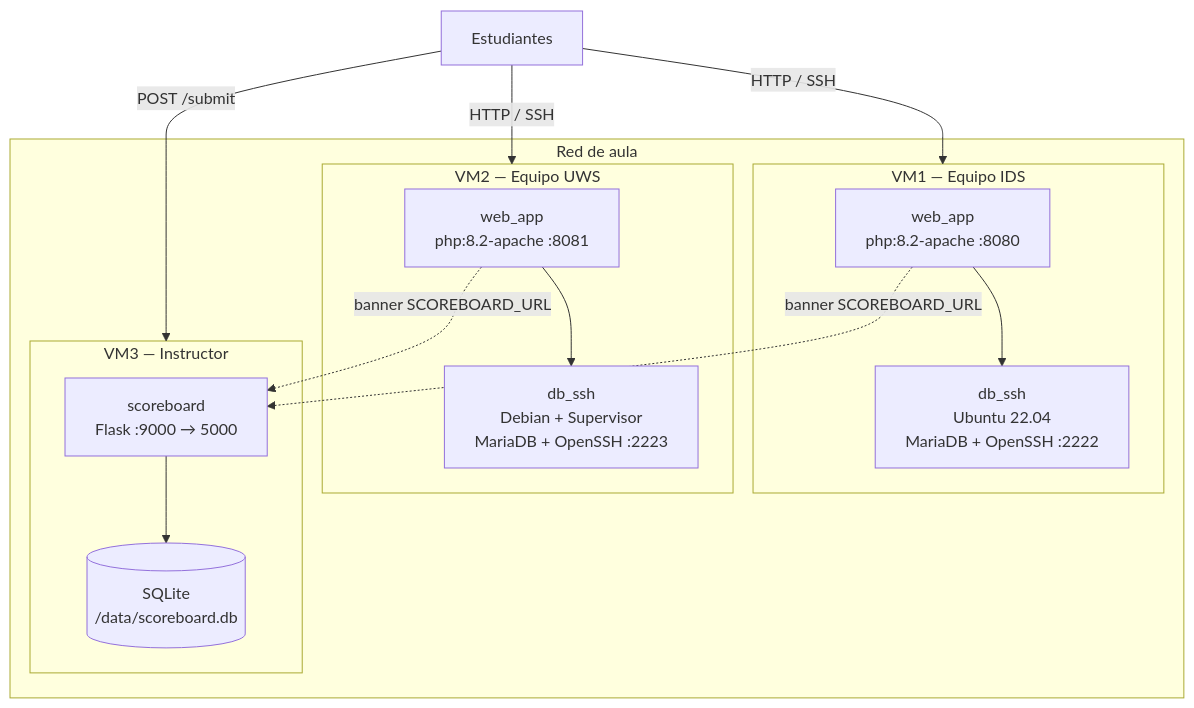
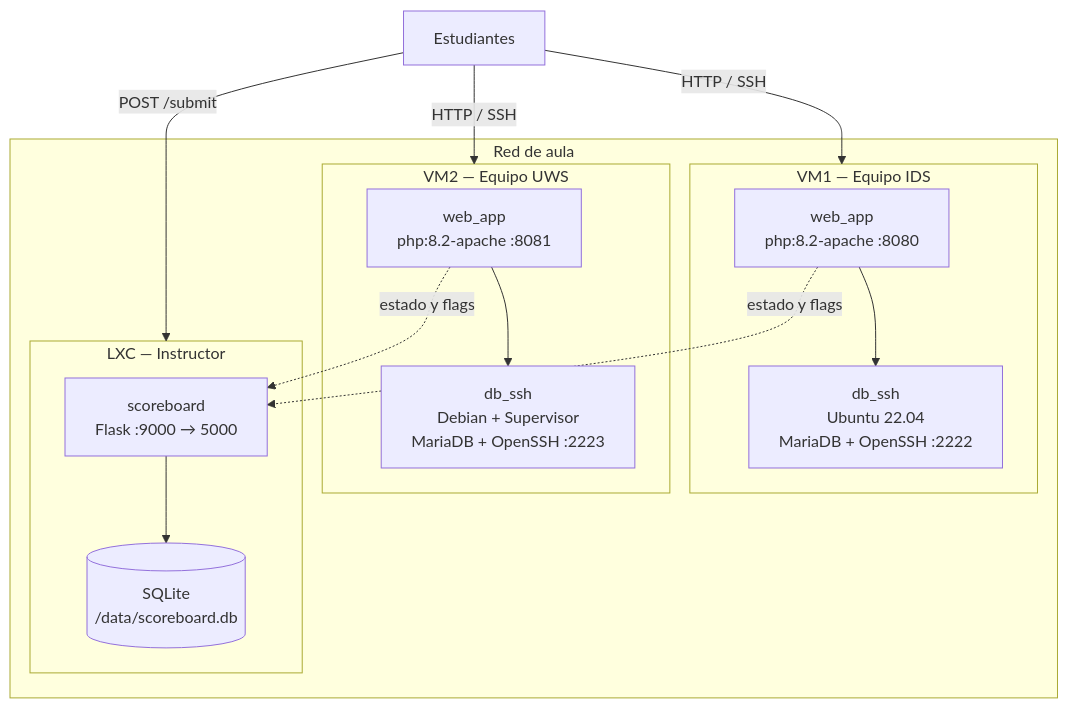
Before and after one commit to juandmm1233/CTF-ucc: the first of 2 diagrams in docs/DOCUMENTACION.md, drawn with Mermaid. The commit also changed other lines of this file and 43 other files, not shown here.

````diff
--- a/docs/DOCUMENTACION.md
+++ b/docs/DOCUMENTACION.md
@@ -140,25 +140,25 @@
 ```mermaid
 flowchart TB
   subgraph aula["Red de aula"]
     subgraph vm1["VM1 — Equipo IDS"]
       W1["web_app\nphp:8.2-apache :8080"]
       D1["db_ssh\nUbuntu 22.04\nMariaDB + OpenSSH :2222"]
       W1 --> D1
     end
     subgraph vm2["VM2 — Equipo UWS"]
       W2["web_app\nphp:8.2-apache :8081"]
       D2["db_ssh\nDebian + Supervisor\nMariaDB + OpenSSH :2223"]
       W2 --> D2
     end
-    subgraph vm3["VM3 — Instructor"]
+    subgraph vm3["LXC — Instructor"]
       S["scoreboard\nFlask :9000 → 5000"]
       DB[(SQLite\n/data/scoreboard.db)]
       S --> DB
     end
   end
   Estudiantes -->|HTTP / SSH| vm1
   Estudiantes -->|HTTP / SSH| vm2
   Estudiantes -->|POST /submit| vm3
-  W1 -.->|banner SCOREBOARD_URL| S
-  W2 -.->|banner SCOREBOARD_URL| S
+  W1 -.->|estado y flags| S
+  W2 -.->|estado y flags| S
 ```
````
